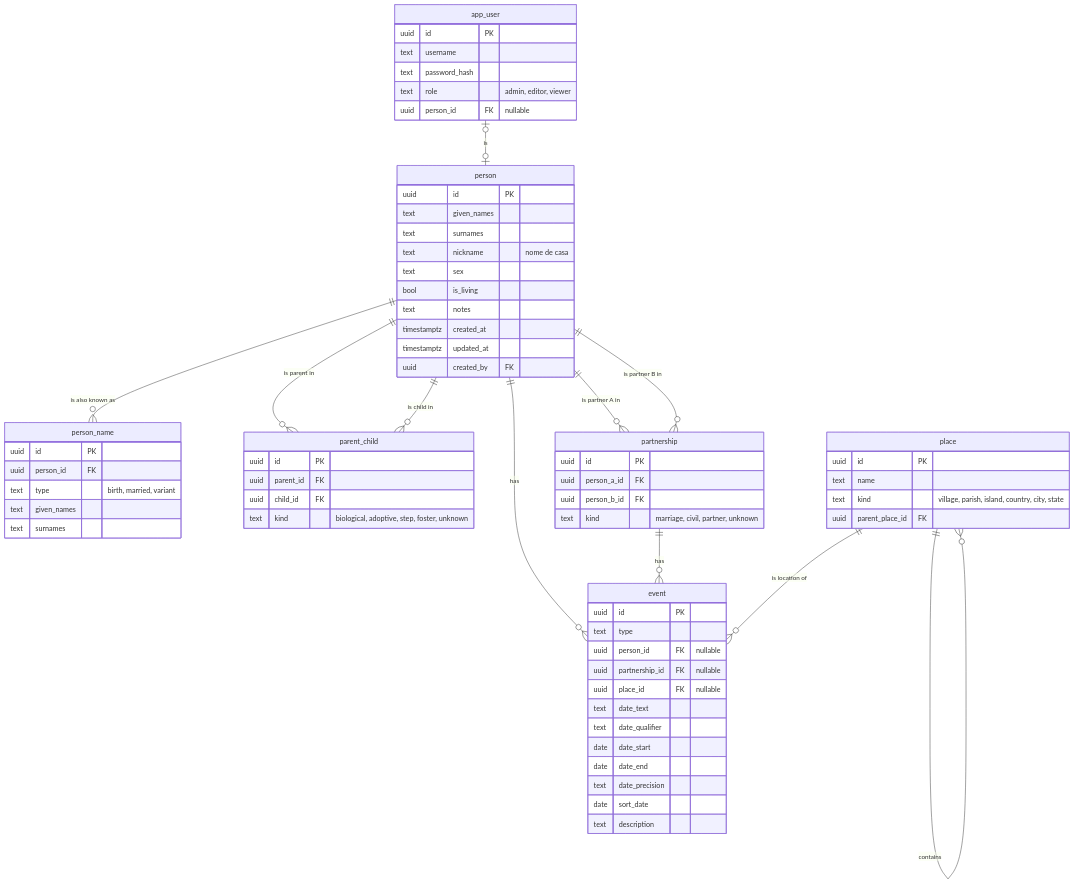
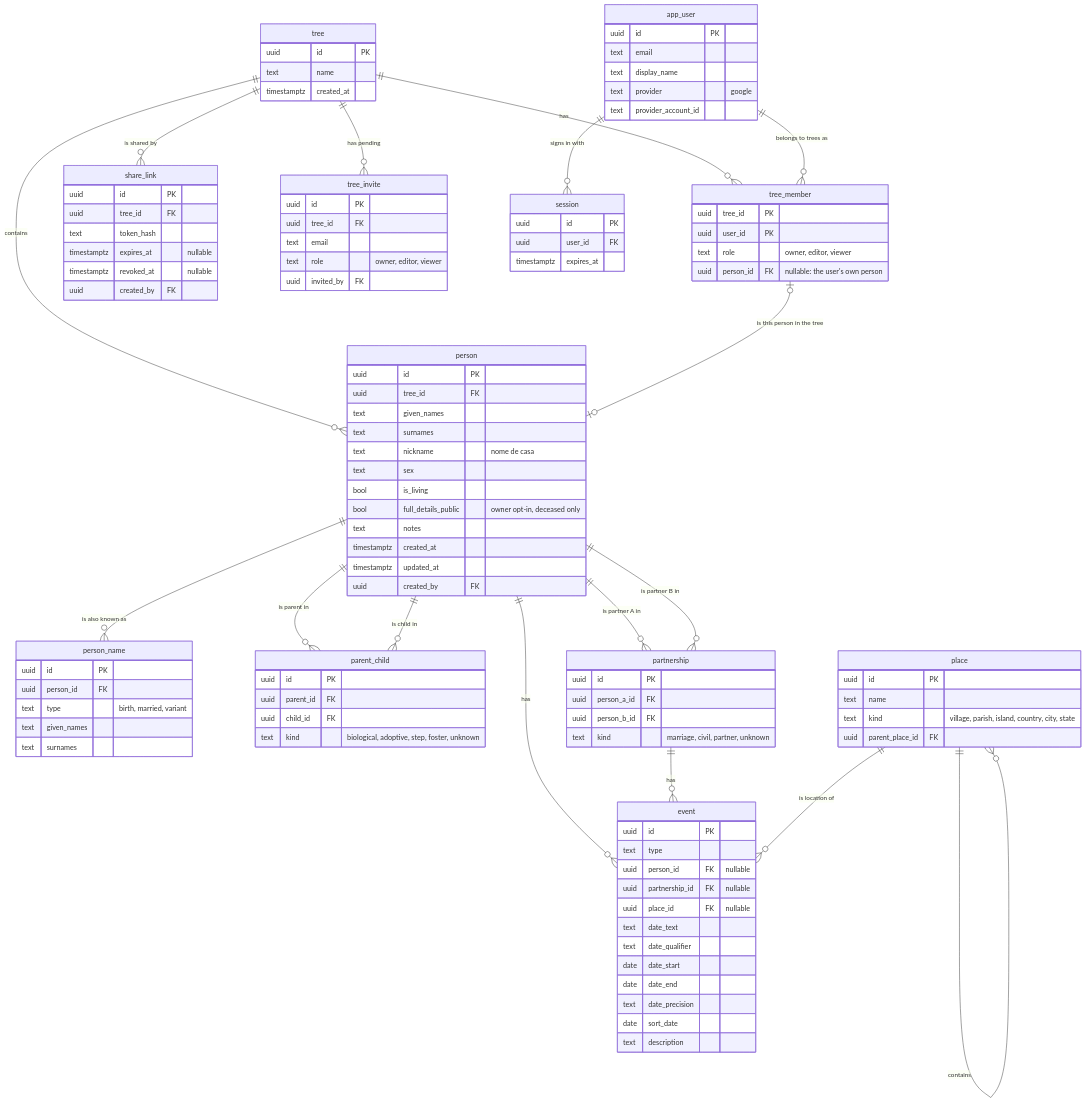
The diagram in docs/architecture/data-model.md (Alfredo-Moreira/nos_raiz), drawn with Mermaid before and after one commit. The commit also changed other lines of this file and 26 other files, not shown here.

First line of the commit message:
docs: record architecture, access and hosting decisions

````diff
--- a/docs/architecture/data-model.md
+++ b/docs/architecture/data-model.md
@@ -7,5 +9,12 @@
 ```mermaid
 erDiagram
+    tree ||--o{ person : "contains"
+    tree ||--o{ tree_member : "has"
+    tree ||--o{ share_link : "is shared by"
+    tree ||--o{ tree_invite : "has pending"
+    app_user ||--o{ session : "signs in with"
+    app_user ||--o{ tree_member : "belongs to trees as"
+    tree_member |o--o| person : "is this person in the tree"
     person ||--o{ person_name : "is also known as"
     person ||--o{ parent_child : "is parent in"
     person ||--o{ parent_child : "is child in"
@@ -15,15 +24,54 @@
     partnership ||--o{ event : "has"
     place ||--o{ event : "is location of"
     place ||--o{ place : "contains"
-    app_user |o--o| person : "is"
 
+    tree {
+        uuid id PK
+        text name
+        timestamptz created_at
+    }
+    tree_member {
+        uuid tree_id PK
+        uuid user_id PK
+        text role "owner, editor, viewer"
+        uuid person_id FK "nullable: the user's own person"
+    }
+    share_link {
+        uuid id PK
+        uuid tree_id FK
+        text token_hash
+        timestamptz expires_at "nullable"
+        timestamptz revoked_at "nullable"
+        uuid created_by FK
+    }
+    tree_invite {
+        uuid id PK
+        uuid tree_id FK
+        text email
+        text role "owner, editor, viewer"
+        uuid invited_by FK
+    }
+    session {
+        uuid id PK
+        uuid user_id FK
+        timestamptz expires_at
+    }
+    app_user {
+        uuid id PK
+        text email
+        text display_name
+        text provider "google"
+        text provider_account_id
+    }
     person {
         uuid id PK
+        uuid tree_id FK
         text given_names
         text surnames
         text nickname "nome de casa"
         text sex
         bool is_living
+        bool full_details_public "owner opt-in, deceased only"
         text notes
         timestamptz created_at
         timestamptz updated_at
@@ -68,11 +116,4 @@
         text kind "village, parish, island, country, city, state"
         uuid parent_place_id FK
     }
-    app_user {
-        uuid id PK
-        text username
-        text password_hash
-        text role "admin, editor, viewer"
-        uuid person_id FK "nullable"
-    }
 ```
````
